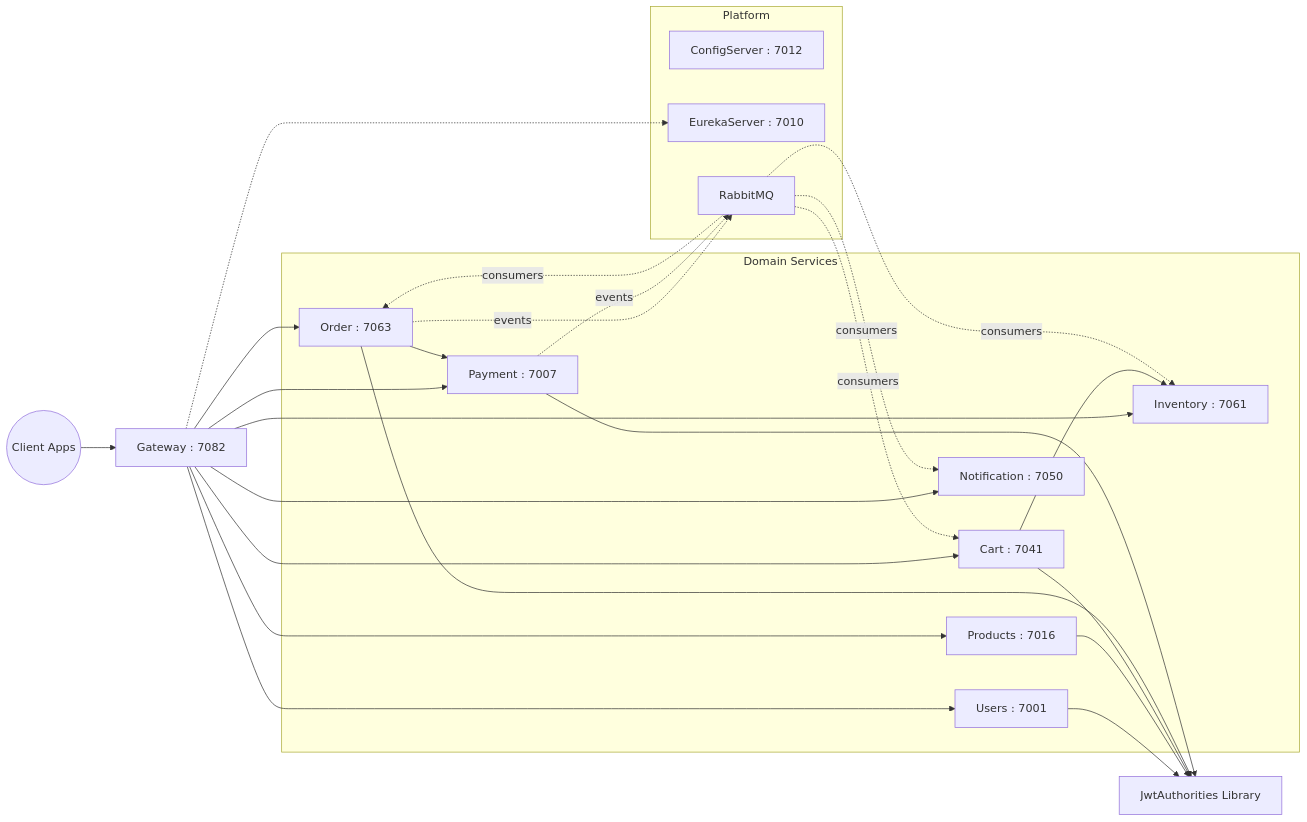
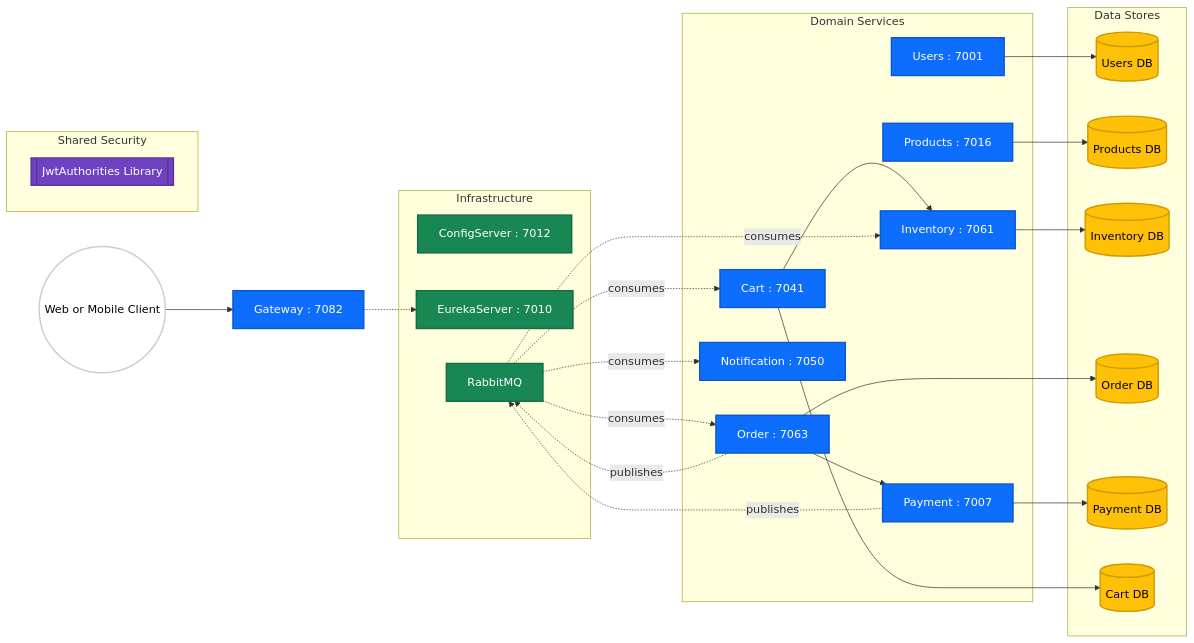
The first of 2 diagrams in README.md (saMM7111/shopsphere-microservices), drawn with Mermaid before and after one commit. The commit also changed other lines of this file, not shown here.

````diff
--- a/README.md
+++ b/README.md
@@ -25,47 +20,63 @@
 ```mermaid
 graph LR
-    Client((Client Apps)) --> Gateway[Gateway : 7082]
+	classDef business fill:#0d6efd,color:#fff,stroke:#0a58ca,stroke-width:2px;
+	classDef infra fill:#198754,color:#fff,stroke:#146c43,stroke-width:2px;
+	classDef data fill:#ffc107,color:#000,stroke:#cc9a06,stroke-width:2px;
+	classDef shared fill:#6f42c1,color:#fff,stroke:#59339d,stroke-width:2px;
+	classDef external fill:#ffffff,color:#000,stroke:#cccccc,stroke-width:2px;
 
-    subgraph Platform
-        Config[ConfigServer : 7012]
-        Eureka[EurekaServer : 7010]
-        Broker[RabbitMQ]
-    end
+	Client((Web or Mobile Client)) --> Gateway[Gateway : 7082]
+	class Client external
+	class Gateway business
 
-    subgraph Domain Services
-        Users[Users : 7001]
-        Products[Products : 7016]
-        Inventory[Inventory : 7061]
-        Cart[Cart : 7041]
-        Order[Order : 7063]
-        Payment[Payment : 7007]
-        Notification[Notification : 7050]
-    end
+	subgraph Infrastructure
+		Config[ConfigServer : 7012]
+		Eureka[EurekaServer : 7010]
+		Rabbit[RabbitMQ]
+	end
+	class Config,Eureka,Rabbit infra
 
-    Shared[JwtAuthorities Library]
+	subgraph Domain Services
+		Users[Users : 7001]
+		Products[Products : 7016]
+		Inventory[Inventory : 7061]
+		Cart[Cart : 7041]
+		Order[Order : 7063]
+		Payment[Payment : 7007]
+		Notification[Notification : 7050]
+	end
+	class Users,Products,Inventory,Cart,Order,Payment,Notification business
 
-    Gateway -.-> Eureka
-    Gateway --> Users
-    Gateway --> Products
-    Gateway --> Inventory
-    Gateway --> Cart
-    Gateway --> Order
-    Gateway --> Payment
-    Gateway --> Notification
+	subgraph Data Stores
+		UsersDB[(Users DB)]
+		ProductsDB[(Products DB)]
+		InventoryDB[(Inventory DB)]
+		OrderDB[(Order DB)]
+		PaymentDB[(Payment DB)]
+		CartDB[(Cart DB)]
+	end
+	class UsersDB,ProductsDB,InventoryDB,OrderDB,PaymentDB,CartDB data
 
-    Order --> Payment
-    Cart --> Inventory
+	subgraph Shared Security
+		JWT[[JwtAuthorities Library]]
+	end
+	class JWT shared
 
-    Order -. events .-> Broker
-    Payment -. events .-> Broker
-    Broker -. consumers .-> Notification
-    Broker -. consumers .-> Order
-    Broker -. consumers .-> Inventory
-    Broker -. consumers .-> Cart
+	Gateway -.-> Eureka
+	Order --> Payment
+	Cart --> Inventory
 
-    Users --> Shared
-    Products --> Shared
-    Cart --> Shared
-    Order --> Shared
-    Payment --> Shared
+	Order -. publishes .-> Rabbit
+	Payment -. publishes .-> Rabbit
+	Rabbit -. consumes .-> Notification
+	Rabbit -. consumes .-> Order
+	Rabbit -. consumes .-> Inventory
+	Rabbit -. consumes .-> Cart
+
+	Users --> UsersDB
+	Products --> ProductsDB
+	Inventory --> InventoryDB
+	Cart --> CartDB
+	Order --> OrderDB
+	Payment --> PaymentDB
 ```
````
